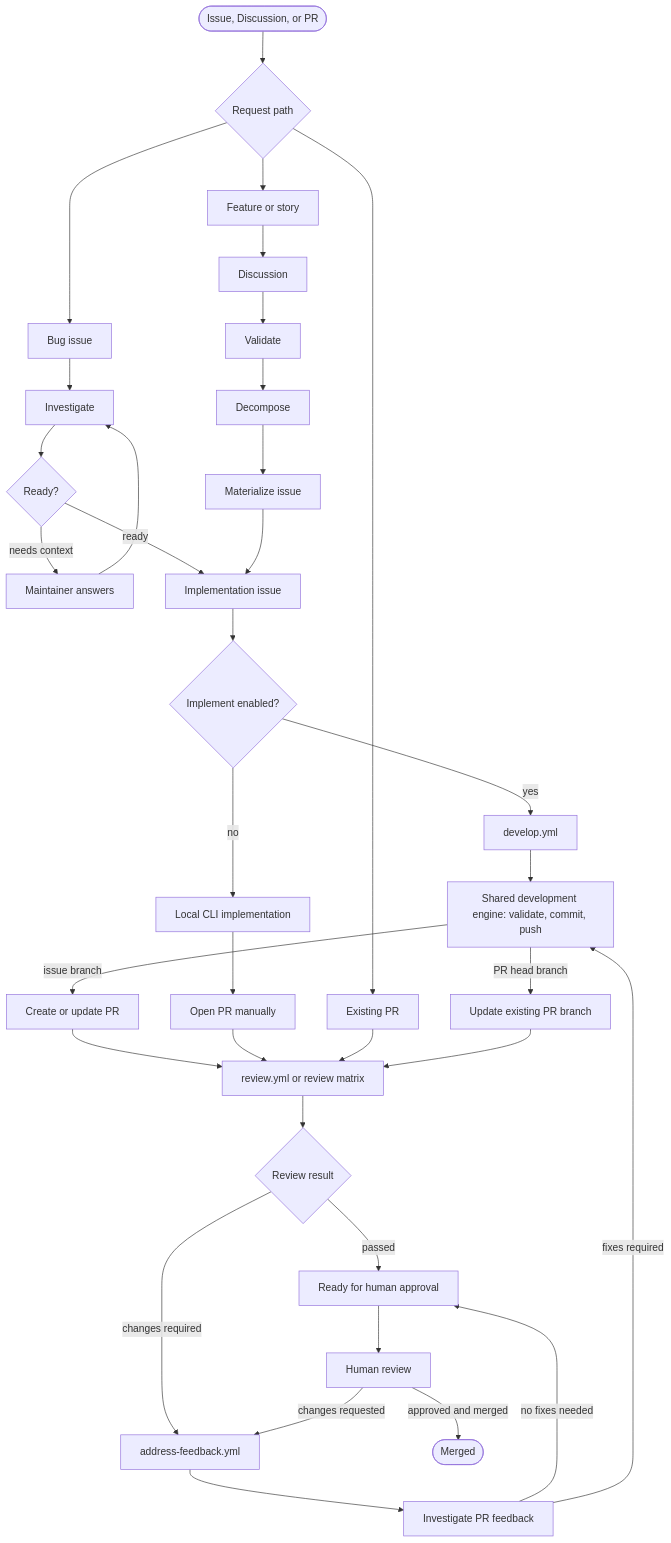
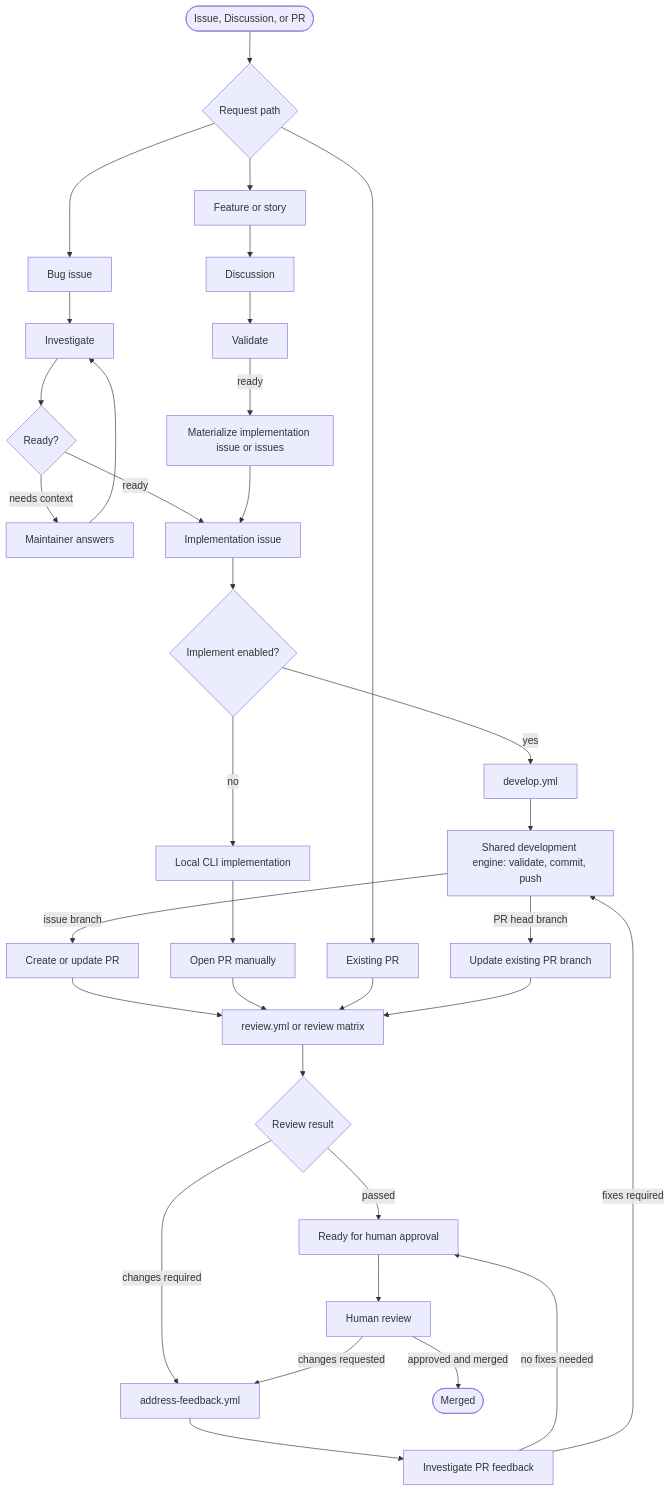
The first of 7 diagrams in docs/WORKFLOW.md (markhuangai/git-vibe), drawn with Mermaid before and after one commit. The commit also changed other lines of this file and 4 other files, not shown here.

````diff
--- a/docs/WORKFLOW.md
+++ b/docs/WORKFLOW.md
@@ -5,41 +5,40 @@
 ```mermaid
 flowchart TD
   Intake([Issue, Discussion, or PR]) --> Route{Request path}
 
   Route --> Bug[Bug issue]
   Bug --> Investigate[Investigate]
   Investigate --> BugReady{Ready?}
   BugReady -->|needs context| BugQuestions[Maintainer answers]
   BugQuestions --> Investigate
   BugReady -->|ready| ImplementationIssue[Implementation issue]
 
   Route --> Feature[Feature or story]
   Feature --> Discuss[Discussion]
   Discuss --> Validate[Validate]
-  Validate --> Decompose[Decompose]
-  Decompose --> Materialize[Materialize issue]
+  Validate -->|ready| Materialize[Materialize implementation issue or issues]
   Materialize --> ImplementationIssue
 
   ImplementationIssue --> Approval{Implement enabled?}
   Approval -->|yes| Develop[develop.yml]
   Develop --> DevEngine[Shared development engine: validate, commit, push]
   Approval -->|no| LocalCLI[Local CLI implementation]
   LocalCLI --> ManualPR[Open PR manually]
 
   Route --> ExistingPR[Existing PR]
   DevEngine -->|issue branch| CreatedPR[Create or update PR]
   DevEngine -->|PR head branch| UpdatePRBranch[Update existing PR branch]
   CreatedPR --> Review[review.yml or review matrix]
   ManualPR --> Review
   ExistingPR --> Review
   Review --> ReviewResult{Review result}
   ReviewResult -->|passed| Ready[Ready for human approval]
   ReviewResult -->|changes required| Feedback[address-feedback.yml]
   Ready --> HumanReview[Human review]
   HumanReview -->|approved and merged| Merged([Merged])
   HumanReview -->|changes requested| Feedback
   Feedback --> FeedbackInvestigation[Investigate PR feedback]
   FeedbackInvestigation -->|no fixes needed| Ready
   FeedbackInvestigation -->|fixes required| DevEngine
   UpdatePRBranch --> Review
 ```
````
